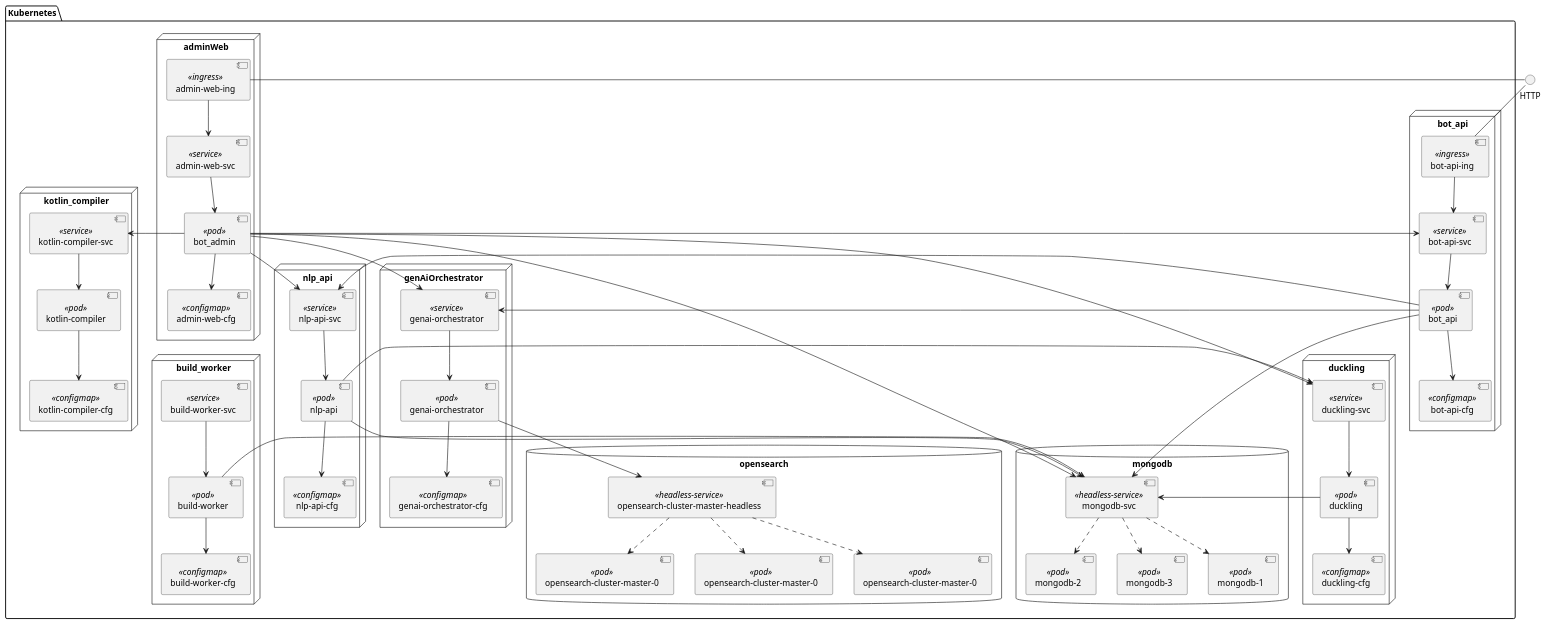
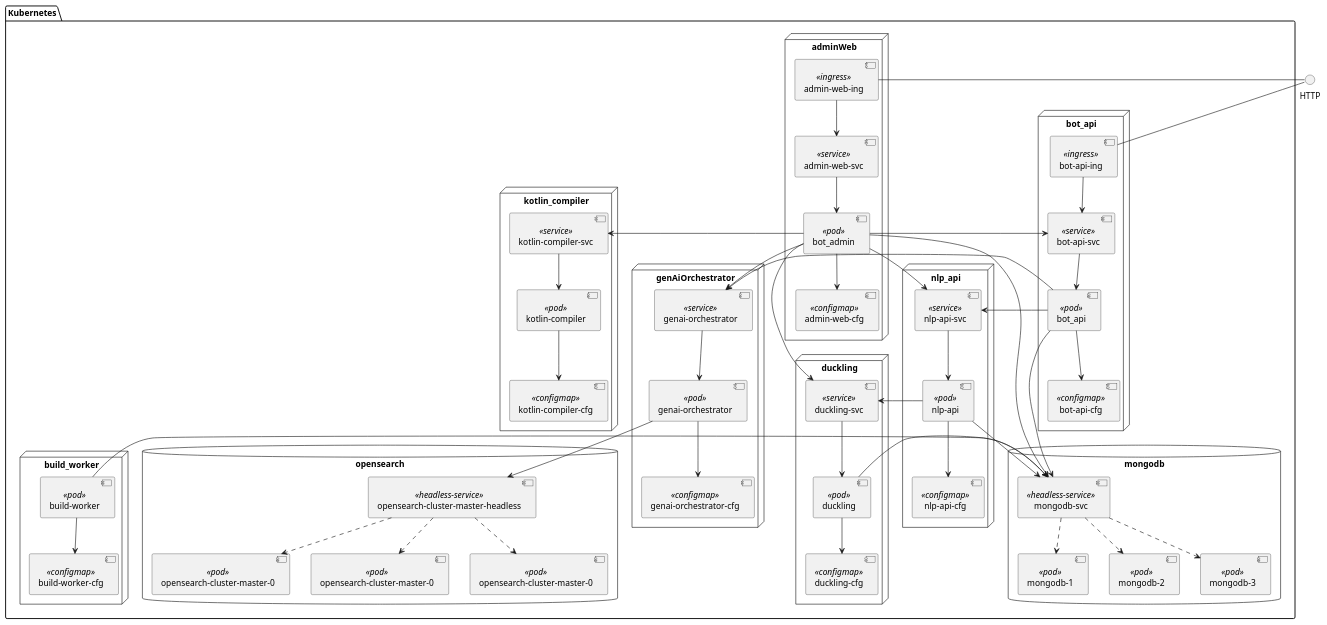
One commit to theopenconversationkit/tock-helm-chart changed the diagram in tock-on-k8s.puml. Above: the diagram before and after it, drawn with PlantUML. The commit also changed 31 other files, not shown here.

```diff
--- a/tock-on-k8s.puml
+++ b/tock-on-k8s.puml
@@ -1,139 +1,137 @@
 @startuml
 
 package "Kubernetes" {
 
 node "adminWeb" {
 
 Component "bot_admin" <<pod>> as BAPOD
 Component "admin-web-svc" <<service>> as BASVC
 Component "admin-web-ing" <<ingress>> as BAING
 Component "admin-web-cfg" <<configmap>> as BACFM
 
 BASVC --> BAPOD
 BAPOD --> BACFM
 BAING --> BASVC
 
 }
 
 node "bot_api" {
 
 Component "bot_api" <<pod>> as BAPIPOD
 Component "bot-api-svc" <<service>> as BAPISVC
 Component "bot-api-ing" <<ingress>> as BAPIING
 Component "bot-api-cfg" <<configmap>> as BAPICFM
 
 BAPISVC --> BAPIPOD
 BAPIPOD --> BAPICFM
 BAPIING --> BAPISVC
 
 }
 
 node "build_worker" {
 
 Component "build-worker" <<pod>> as BWPOD
-Component "build-worker-svc" <<service>> as BWSVC
 Component "build-worker-cfg" <<configmap>> as BWCFM
 
 BWPOD --> BWCFM
-BWSVC --> BWPOD
 
 }
 
 node "duckling" {
 
 Component "duckling" <<pod>> as DPOD
 Component "duckling-svc" <<service>> as DSVC
 Component "duckling-cfg" <<configmap>> as DCFM
 
 DPOD --> DCFM
 DSVC-->DPOD
 
 }
 
 node "kotlin_compiler" {
 
 Component "kotlin-compiler" <<pod>> as KCPOD
 Component "kotlin-compiler-svc" <<service>> as KCSVC
 Component "kotlin-compiler-cfg" <<configmap>> as KCCFM
 
 KCPOD --> KCCFM
 KCSVC --> KCPOD
 
 }
 
 node "nlp_api" {
 
 Component "nlp-api" <<pod>> as NLPPOD
 Component "nlp-api-svc" <<service>> as NLPSVC
 Component "nlp-api-cfg" <<configmap>> as NLPCFM
 
 NLPPOD --> NLPCFM
 NLPSVC --> NLPPOD
 
 }
 
 
 node "genAiOrchestrator" {
 Component "genai-orchestrator" <<pod>> as GAIPOD
 Component "genai-orchestrator" <<service>> as GAISVC
 Component "genai-orchestrator-cfg" <<configmap>> as GAICFM
 
 GAIPOD --> GAICFM
 GAISVC --> GAIPOD
 
 
 }
 
 database "opensearch" {
 
 Component "opensearch-cluster-master-0" <<pod>> as OPENS1POD
 Component "opensearch-cluster-master-0" <<pod>> as OPENS2POD
 Component "opensearch-cluster-master-0" <<pod>> as OPENS3POD
 Component "opensearch-cluster-master-headless"  <<headless-service>> as OPENSSVC
 
 OPENSSVC ..> OPENS1POD
 OPENSSVC ..> OPENS2POD
 OPENSSVC ..> OPENS3POD
 
 
 }
 
 database "mongodb" {
 
 Component "mongodb-1" <<pod>> as NONG1POD
 Component "mongodb-2" <<pod>> as NONG2POD
 Component "mongodb-3" <<pod>> as NONG3POD
 Component "mongodb-svc"  <<headless-service>> as NONGSVC
 
 NONGSVC ..> NONG1POD
 NONGSVC ..> NONG2POD
 NONGSVC ..> NONG3POD
 }
 
 BAPOD -> NONGSVC
 BAPOD -> BAPISVC
 BAPOD -> DSVC
 BAPOD -> NLPSVC
 BAPOD -> KCSVC
 
 BAPIPOD -> NONGSVC
 BAPIPOD -> NLPSVC
 
 BWPOD -> NONGSVC
 
 DPOD -> NONGSVC
 
 NLPPOD -> NONGSVC
 NLPPOD -> DSVC
 
 GAIPOD --> OPENSSVC
 BAPOD -> GAISVC
 BAPIPOD -> GAISVC
 
 }
 
 HTTP - BAING
 HTTP - BAPIING
 
 
 @enduml
```
